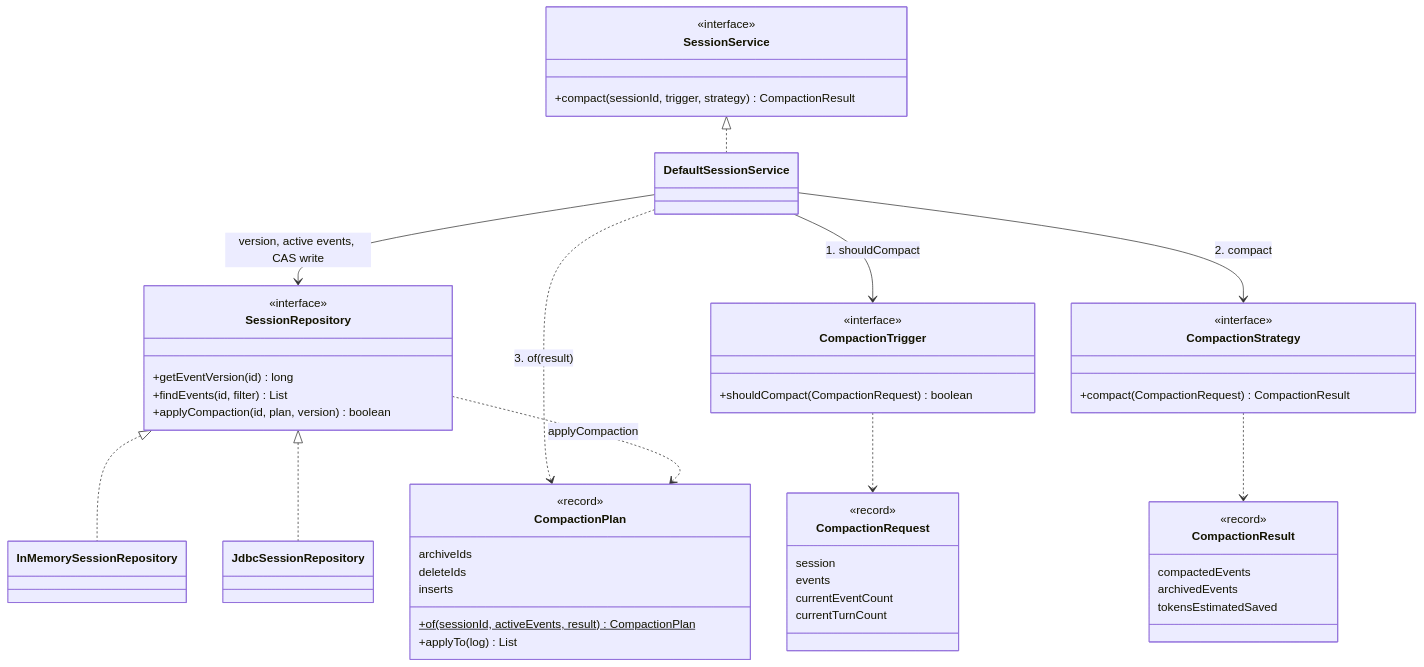
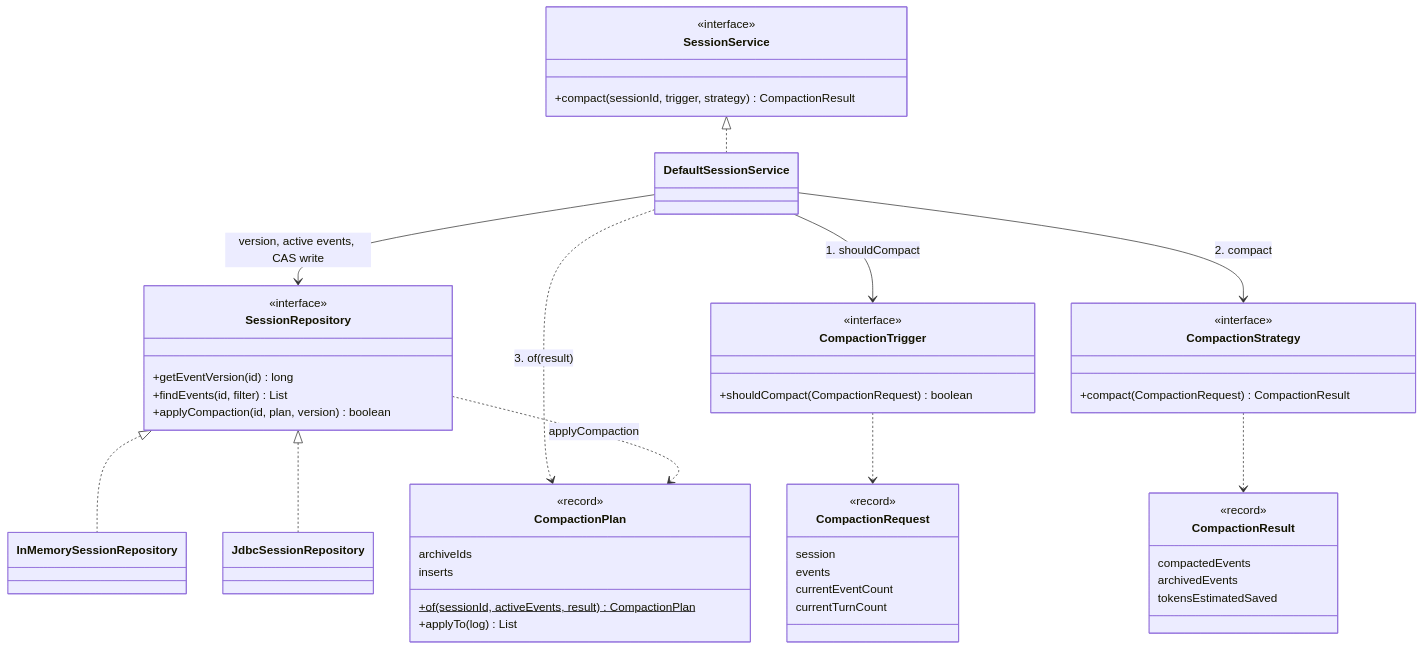
One commit to spring-ai-community/spring-ai-session changed the first of 7 diagrams in docs/session-management/compaction-internals.md. Above: the diagram before and after it, drawn with Mermaid. The commit also changed other lines of this file and 19 other files, not shown here.

````diff
--- a/docs/session-management/compaction-internals.md
+++ b/docs/session-management/compaction-internals.md
@@ -29,59 +29,58 @@
 ```mermaid
 classDiagram
     direction TB
 
     class SessionService {
         <<interface>>
         +compact(sessionId, trigger, strategy) CompactionResult
     }
     class DefaultSessionService
     class SessionRepository {
         <<interface>>
         +getEventVersion(id) long
         +findEvents(id, filter) List
         +applyCompaction(id, plan, version) boolean
     }
     class InMemorySessionRepository
     class JdbcSessionRepository
 
     class CompactionTrigger {
         <<interface>>
         +shouldCompact(CompactionRequest) boolean
     }
     class CompactionStrategy {
         <<interface>>
         +compact(CompactionRequest) CompactionResult
     }
     class CompactionRequest {
         <<record>>
         session
         events
         currentEventCount
         currentTurnCount
     }
     class CompactionResult {
         <<record>>
         compactedEvents
         archivedEvents
         tokensEstimatedSaved
     }
     class CompactionPlan {
         <<record>>
         archiveIds
-        deleteIds
         inserts
         +of(sessionId, activeEvents, result)$ CompactionPlan
         +applyTo(log) List
     }
 
     SessionService <|.. DefaultSessionService
     DefaultSessionService --> SessionRepository : version, active events, CAS write
     SessionRepository <|.. InMemorySessionRepository
     SessionRepository <|.. JdbcSessionRepository
     DefaultSessionService --> CompactionTrigger : 1. shouldCompact
     DefaultSessionService --> CompactionStrategy : 2. compact
     DefaultSessionService ..> CompactionPlan : 3. of(result)
     CompactionTrigger ..> CompactionRequest
     CompactionStrategy ..> CompactionResult
     SessionRepository ..> CompactionPlan : applyCompaction
 ```
````
